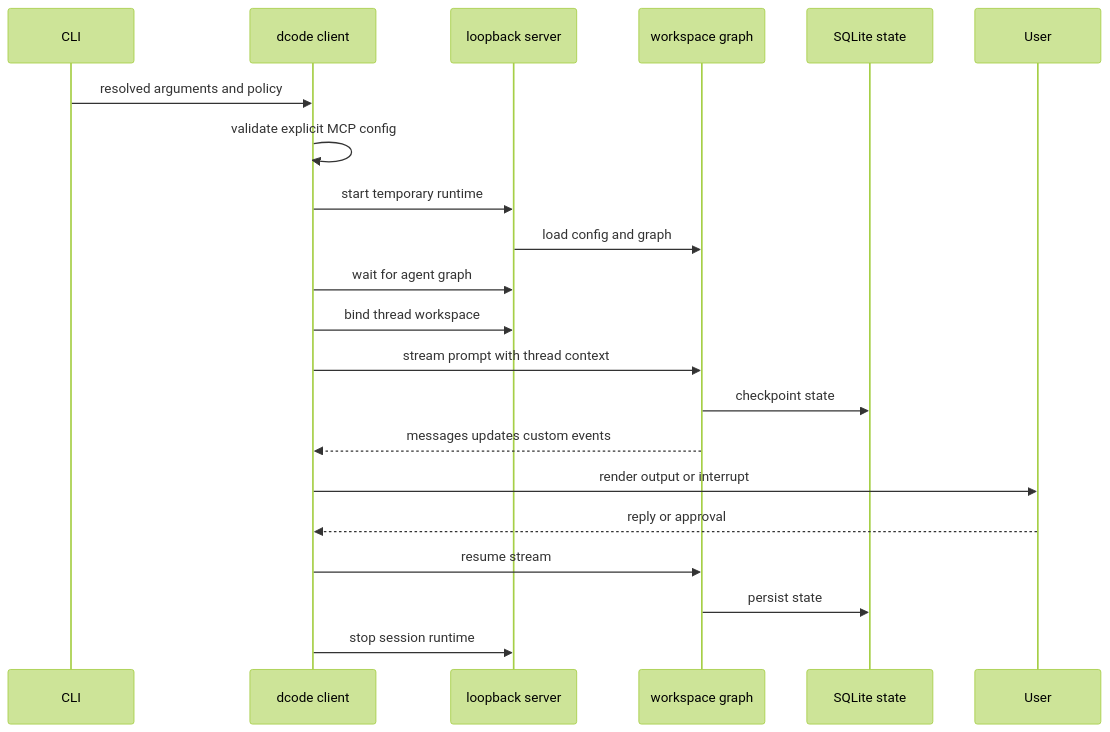
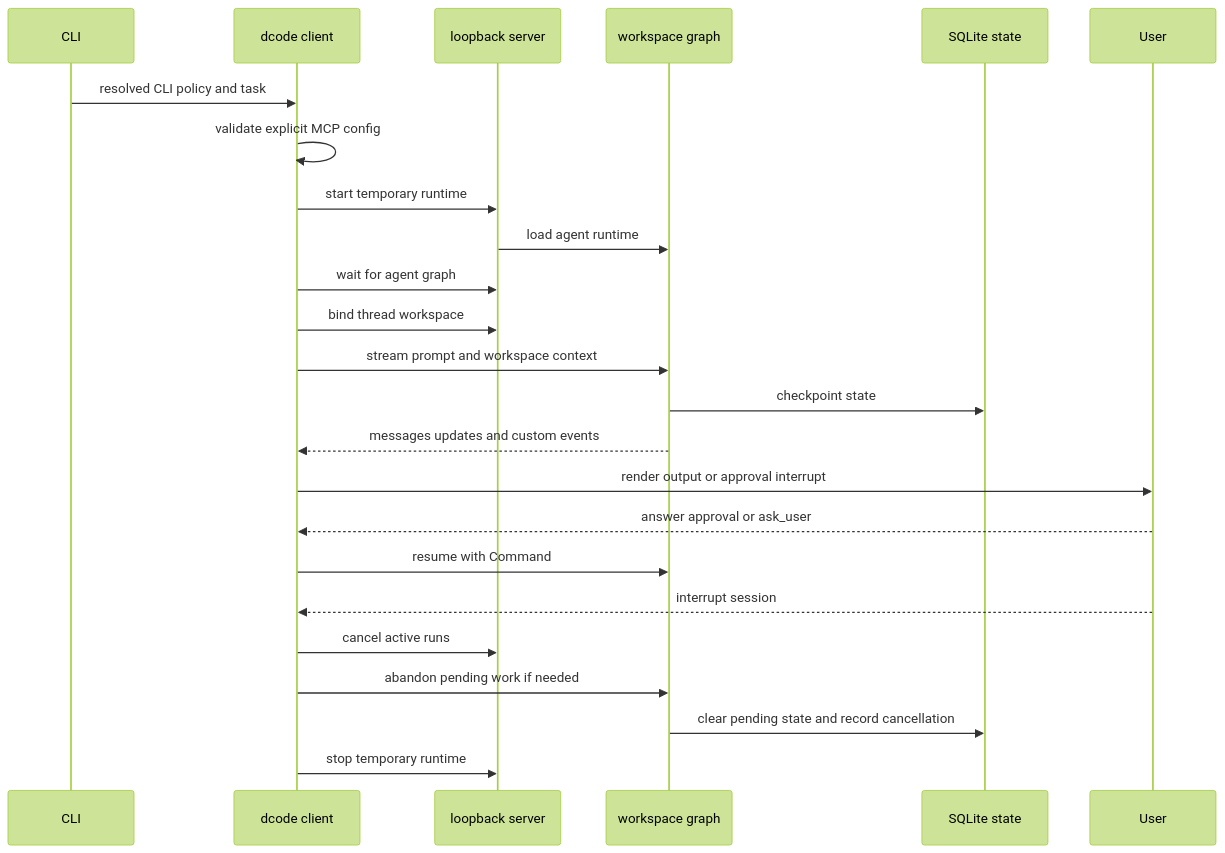
The diagram in openwiki/workflows/run-dcode-session.md (langchain-ai/deepagents), drawn with Mermaid (forest theme) before and after one commit. The commit also changed other lines of this file and 63 other files, not shown here.

````diff
--- a/openwiki/workflows/run-dcode-session.md
+++ b/openwiki/workflows/run-dcode-session.md
@@ -78,23 +68,26 @@
 ```mermaid
 sequenceDiagram
     participant CLI
     participant Client as dcode client
     participant Server as loopback server
     participant Graph as workspace graph
     participant Store as SQLite state
     participant User
-    CLI->>Client: resolved arguments and policy
+    CLI->>Client: resolved CLI policy and task
     Client->>Client: validate explicit MCP config
     Client->>Server: start temporary runtime
-    Server->>Graph: load config and graph
+    Server->>Graph: load agent runtime
     Client->>Server: wait for agent graph
     Client->>Server: bind thread workspace
-    Client->>Graph: stream prompt with thread context
+    Client->>Graph: stream prompt and workspace context
     Graph->>Store: checkpoint state
-    Graph-->>Client: messages updates custom events
-    Client->>User: render output or interrupt
-    User-->>Client: reply or approval
-    Client->>Graph: resume stream
-    Graph->>Store: persist state
-    Client->>Server: stop session runtime
+    Graph-->>Client: messages updates and custom events
+    Client->>User: render output or approval interrupt
+    User-->>Client: answer approval or ask_user
+    Client->>Graph: resume with Command
+    User-->>Client: interrupt session
+    Client->>Server: cancel active runs
+    Client->>Graph: abandon pending work if needed
+    Graph->>Store: clear pending state and record cancellation
+    Client->>Server: stop temporary runtime
 ```
````
